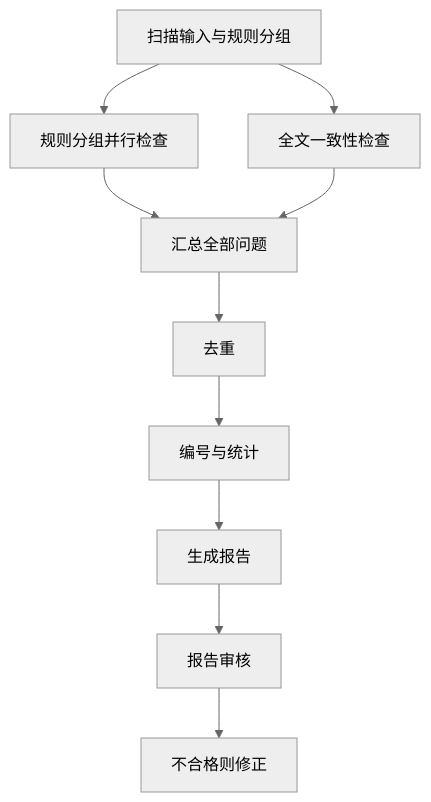
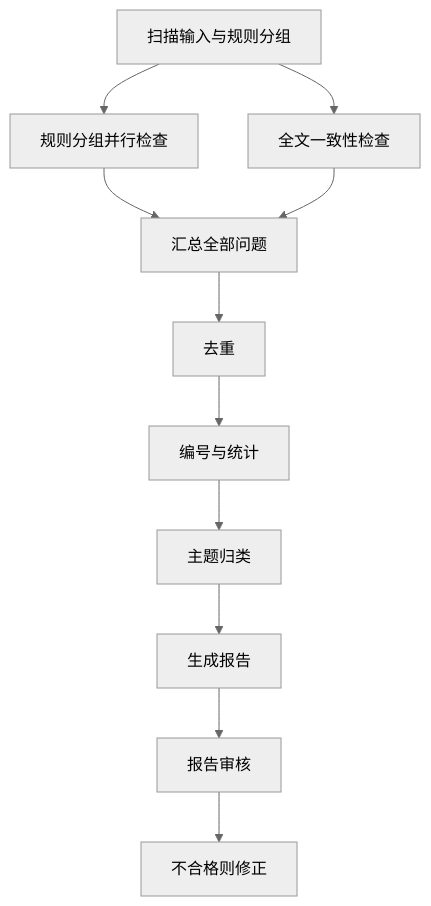
Before and after one commit to mickorz/PrdGameSkill: the first of 2 diagrams in dev-docs/design/2026-11-10-game-prd-check-workflow-optimization.md, drawn with Mermaid (neutral theme). The commit also changed other lines of this file and 1 other file, not shown here.

````diff
--- a/dev-docs/design/2026-11-10-game-prd-check-workflow-optimization.md
+++ b/dev-docs/design/2026-11-10-game-prd-check-workflow-optimization.md
@@ -95,12 +95,13 @@
 ```mermaid
 flowchart TD
   A[扫描输入与规则分组] --> B[规则分组并行检查]
   A --> C[全文一致性检查]
   B --> D[汇总全部问题]
   C --> D
   D --> E[去重]
   E --> F[编号与统计]
-  F --> G[生成报告]
-  G --> H[报告审核]
-  H --> I[不合格则修正]
+  F --> G[主题归类]
+  G --> H[生成报告]
+  H --> I[报告审核]
+  I --> J[不合格则修正]
 ```
````
